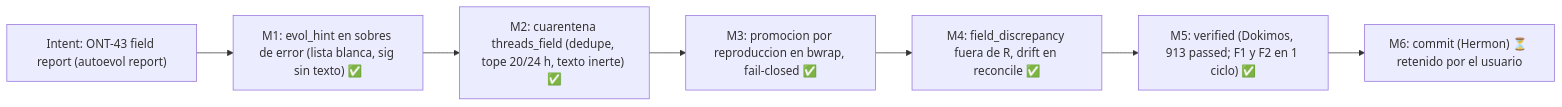
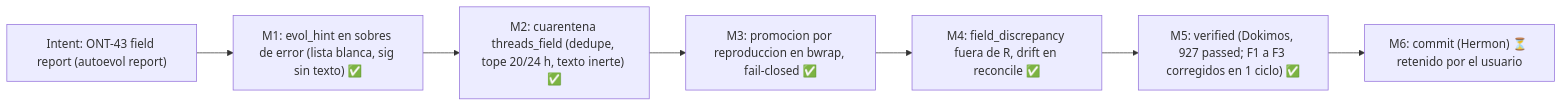
Diagram 24 of 28 in README.md (ancrz/agent-execution-plane), drawn with Mermaid before and after one commit. The commit also changed other lines of this file and 4 other files, not shown here.

````diff
--- a/README.md
+++ b/README.md
@@ -1161,9 +1161,9 @@
 ```mermaid
 flowchart LR
     I["Intent: ONT-43 field report (autoevol report)"] --> M1["M1: evol_hint en sobres de error (lista blanca, sig sin texto) ✅"]
     M1 --> M2["M2: cuarentena threads_field (dedupe, tope 20/24 h, texto inerte) ✅"]
     M2 --> M3["M3: promocion por reproduccion en bwrap, fail-closed ✅"]
     M3 --> M4["M4: field_discrepancy fuera de R, drift en reconcile ✅"]
-    M4 --> M5["M5: verified (Dokimos, 913 passed; F1 y F2 en 1 ciclo) ✅"]
+    M4 --> M5["M5: verified (Dokimos, 927 passed; F1 a F3 corregidos en 1 ciclo) ✅"]
     M5 --> M6["M6: commit (Hermon) ⏳ retenido por el usuario"]
 ```
````
